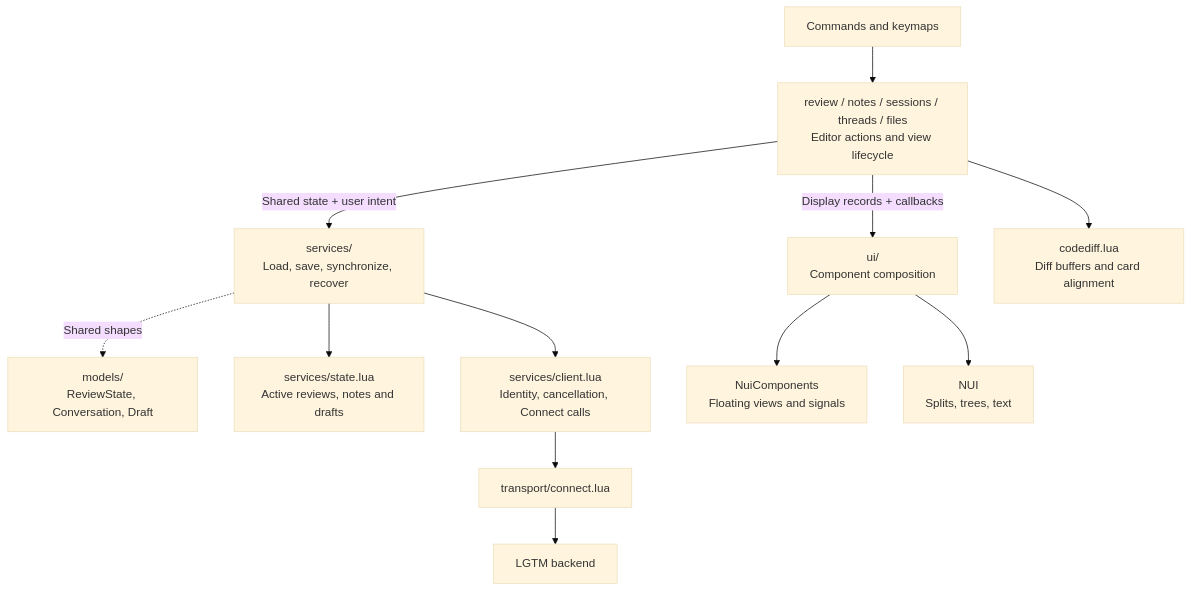
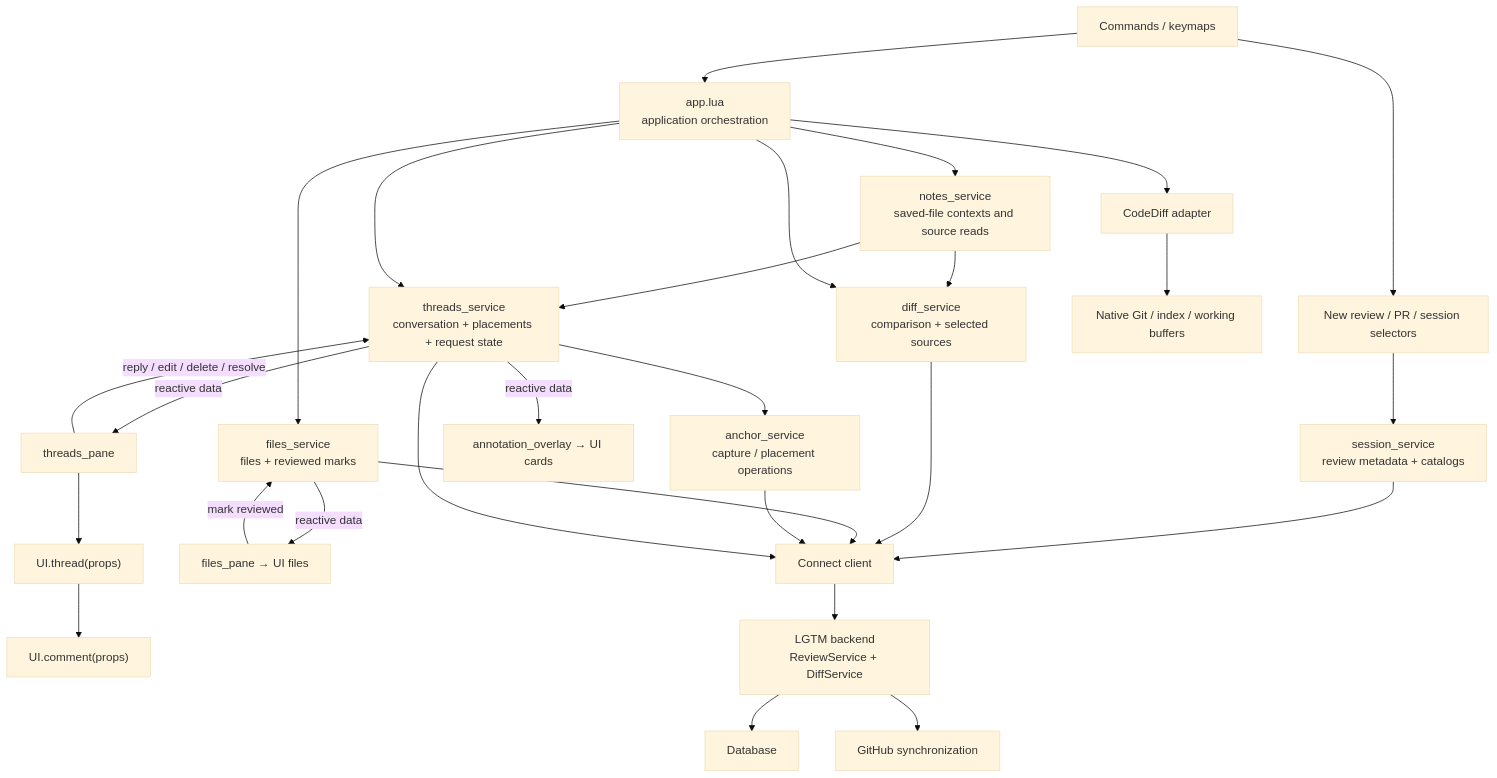
The first of 8 diagrams in docs/architecture/lgtm.nvim/index.md (difflab-io/lgtm), drawn with Mermaid (base theme) before and after one commit. The commit also changed other lines of this file and 119 other files, not shown here.

First line of the commit message:
refactor(nvim): separate reactive UI and backend review workflows

````diff
--- a/docs/architecture/lgtm.nvim/index.md
+++ b/docs/architecture/lgtm.nvim/index.md
@@ -54,14 +27,30 @@
 ```mermaid
-flowchart TD
-  Entry["Commands and keymaps"] --> Controllers["review / notes / sessions / threads / files<br/>Editor actions and view lifecycle"]
-  Controllers -->|"Shared state + user intent"| Services["services/<br/>Load, save, synchronize, recover"]
-  Services -.->|"Shared shapes"| Models["models/<br/>ReviewState, Conversation, Draft"]
-  Services --> Store["services/state.lua<br/>Active reviews, notes and drafts"]
-  Services --> Client["services/client.lua<br/>Identity, cancellation, Connect calls"]
-  Client --> Transport["transport/connect.lua"]
-  Transport --> Backend["LGTM backend"]
-  Controllers -->|"Display records + callbacks"| Views["ui/<br/>Component composition"]
-  Views --> NC["NuiComponents<br/>Floating views and signals"]
-  Views --> NUI["NUI<br/>Splits, trees, text"]
-  Controllers --> Diff["codediff.lua<br/>Diff buffers and card alignment"]
+flowchart TB
+  Commands["Commands / keymaps"] --> Dialog["New review / PR / session selectors"]
+  Commands --> App["app.lua<br/>application orchestration"]
+  App --> Notes["notes_service<br/>saved-file contexts and source reads"]
+  Notes --> Threads
+  Notes --> Diff
+  Dialog --> Sessions["session_service<br/>review metadata + catalogs"]
+  App --> Diff["diff_service<br/>comparison + selected sources"]
+  App --> Files["files_service<br/>files + reviewed marks"]
+  App --> Threads["threads_service<br/>conversation + placements + request state"]
+  Threads -->|"reactive data"| Pane["threads_pane"]
+  Pane --> Thread["UI.thread(props)"]
+  Thread --> Comment["UI.comment(props)"]
+  Threads -->|"reactive data"| Cards["annotation_overlay → UI cards"]
+  Files -->|"reactive data"| FilePane["files_pane → UI files"]
+  Pane -->|"reply / edit / delete / resolve"| Threads
+  FilePane -->|"mark reviewed"| Files
+  Sessions --> RPC["Connect client"]
+  Diff --> RPC
+  Files --> RPC
+  Threads --> Anchors["anchor_service<br/>capture / placement operations"]
+  Anchors --> RPC
+  Threads --> RPC
+  RPC --> Backend["LGTM backend<br/>ReviewService + DiffService"]
+  Backend --> Database["Database"]
+  Backend --> Forge["GitHub synchronization"]
+  App --> CodeDiff["CodeDiff adapter"]
+  CodeDiff --> Native["Native Git / index / working buffers"]
 ```
````
